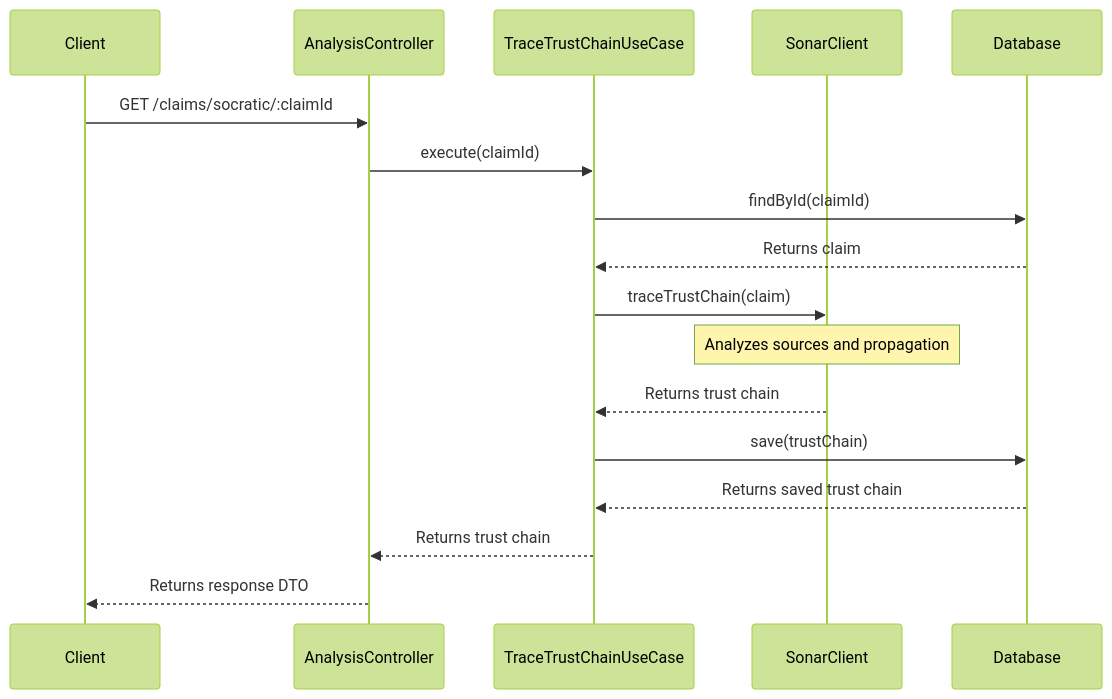
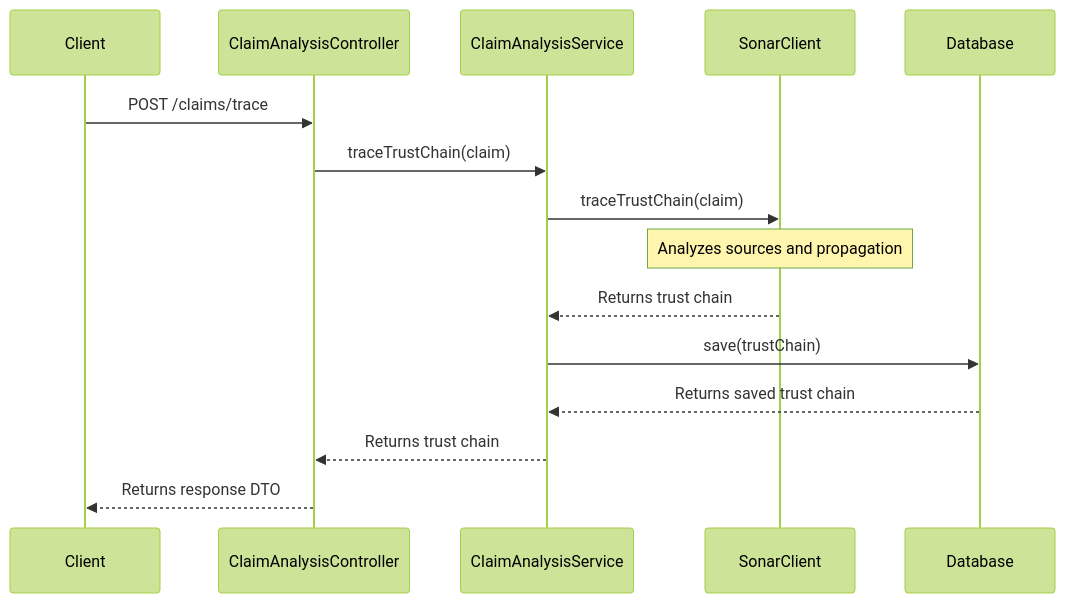
One commit to anthony-okoye/truth-tracer-backend changed the third of 4 diagrams in docs/sequence-diagram.md. Above: the diagram before and after it, drawn with Mermaid (forest theme). The commit also changed other lines of this file and 6 other files, not shown here.

Commit message:
removed redundant files and folders, refactored codebase to be concise and maintain clean architecture

````diff
--- a/docs/sequence-diagram.md
+++ b/docs/sequence-diagram.md
@@ -38,24 +49,21 @@
 ```mermaid
 sequenceDiagram
     participant Client
-    participant Controller as AnalysisController
-    participant UseCase as TraceTrustChainUseCase
+    participant Controller as ClaimAnalysisController
+    participant Service as ClaimAnalysisService
     participant Sonar as SonarClient
     participant DB as Database
 
-    Client->>Controller: GET /claims/socratic/:claimId
-    Controller->>UseCase: execute(claimId)
+    Client->>Controller: POST /claims/trace
+    Controller->>Service: traceTrustChain(claim)
     
-    UseCase->>DB: findById(claimId)
-    DB-->>UseCase: Returns claim
+    Service->>Sonar: traceTrustChain(claim)
+    Note over Sonar: Analyzes sources and propagation
+    Sonar-->>Service: Returns trust chain
     
-    UseCase->>Sonar: traceTrustChain(claim)
-    Note over Sonar: Analyzes sources and propagation
-    Sonar-->>UseCase: Returns trust chain
+    Service->>DB: save(trustChain)
+    DB-->>Service: Returns saved trust chain
     
-    UseCase->>DB: save(trustChain)
-    DB-->>UseCase: Returns saved trust chain
-    
-    UseCase-->>Controller: Returns trust chain
+    Service-->>Controller: Returns trust chain
     Controller-->>Client: Returns response DTO
 ```
````
